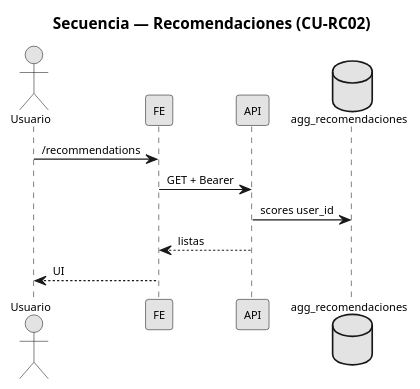
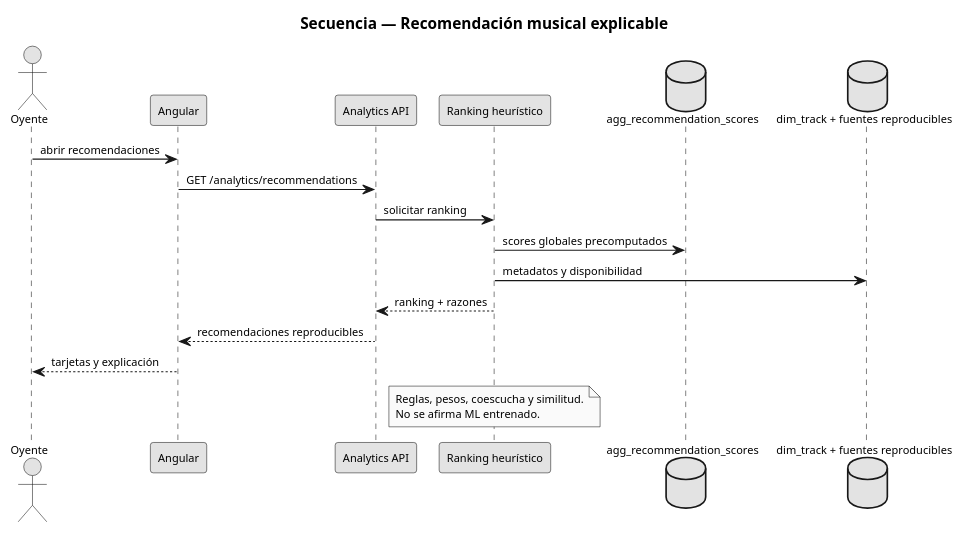
One commit to JosephACS/VOXMETRIKS changed the diagram in docs/uml/sequence/09-seq-recommendations.puml. Above: the diagram before and after it, drawn with PlantUML. The commit also changed 34 other files, not shown here.

```diff
--- a/docs/uml/sequence/09-seq-recommendations.puml
+++ b/docs/uml/sequence/09-seq-recommendations.puml
@@ -1,18 +1,27 @@
 @startuml voxmetriks-seq-recommendations
 skinparam monochrome true
 skinparam shadowing false
 skinparam defaultFontSize 10
-title Secuencia — Recomendaciones (CU-RC02)
+title Secuencia — Recomendación musical explicable
 
-actor Usuario as U
-participant FE as FE
-participant API as API
-database agg_recomendaciones as AGG
+actor Oyente as U
+participant "Angular" as FE
+participant "Analytics API" as API
+participant "Ranking heurístico" as Rank
+database "agg_recommendation_scores" as Scores
+database "dim_track + fuentes reproducibles" as Catalog
 
-U -> FE : /recommendations
-FE -> API : GET + Bearer
-API -> AGG : scores user_id
-API --> FE : listas
-FE --> U : UI
+U -> FE : abrir recomendaciones
+FE -> API : GET /analytics/recommendations
+API -> Rank : solicitar ranking
+Rank -> Scores : scores globales precomputados
+Rank -> Catalog : metadatos y disponibilidad
+Rank --> API : ranking + razones
+API --> FE : recomendaciones reproducibles
+FE --> U : tarjetas y explicación
 
+note over Rank
+  Reglas, pesos, coescucha y similitud.
+  No se afirma ML entrenado.
+end note
 @enduml
```
